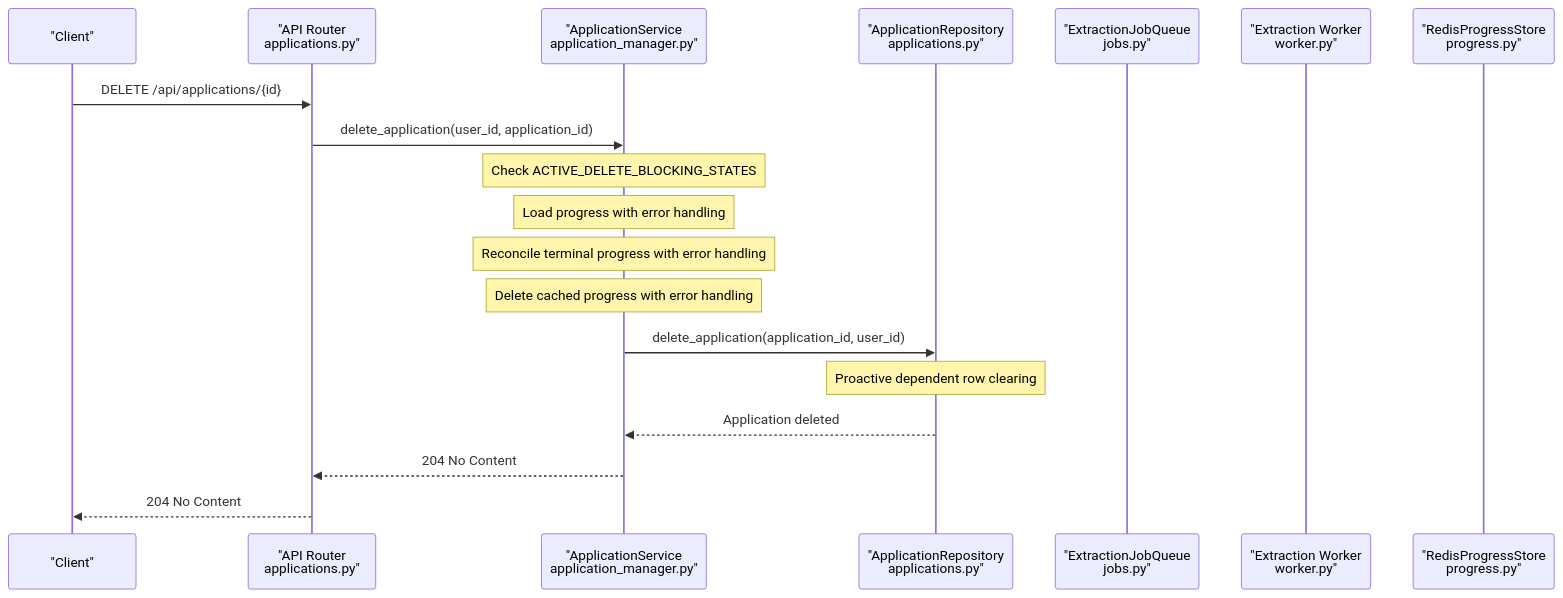
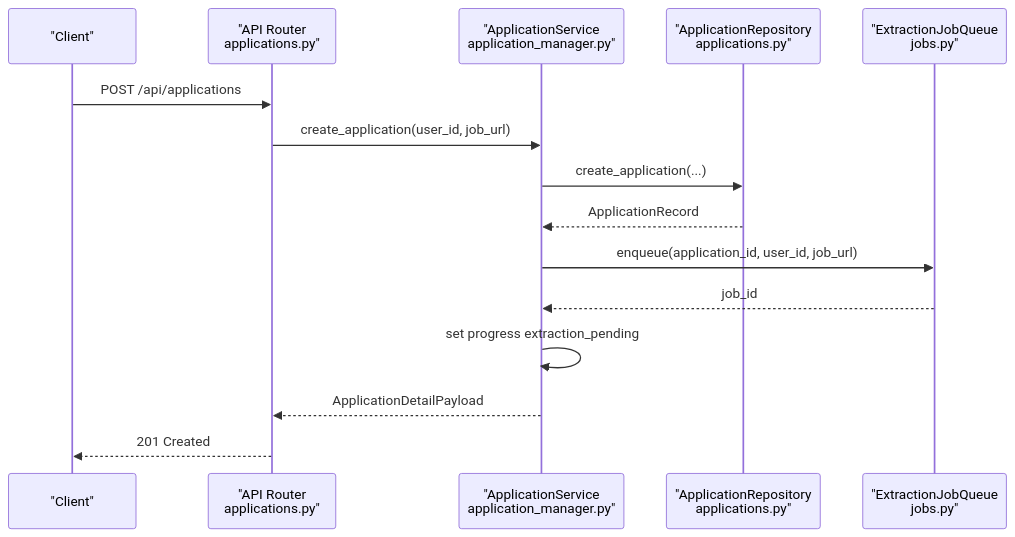
The second of 8 diagrams in .qoder/repowiki/en/content/Backend API/Service Layer/Application Manager Service.md (sankaL/resume-app), drawn with Mermaid before and after one commit. The commit also changed other lines of this file and 7 other files, not shown here.

````diff
--- a/.qoder/repowiki/en/content/Backend API/Service Layer/Application Manager Service.md
+++ b/.qoder/repowiki/en/content/Backend API/Service Layer/Application Manager Service.md
@@ -156,21 +130,17 @@
 ```mermaid
 sequenceDiagram
 participant Client as "Client"
 participant API as "API Router<br/>applications.py"
 participant Svc as "ApplicationService<br/>application_manager.py"
 participant Repo as "ApplicationRepository<br/>applications.py"
 participant Q as "ExtractionJobQueue<br/>jobs.py"
-participant W as "Extraction Worker<br/>worker.py"
-participant R as "RedisProgressStore<br/>progress.py"
-Client->>API : DELETE /api/applications/{id}
-API->>Svc : delete_application(user_id, application_id)
-Note over Svc : Check ACTIVE_DELETE_BLOCKING_STATES
-Note over Svc : Load progress with error handling
-Note over Svc : Reconcile terminal progress with error handling
-Note over Svc : Delete cached progress with error handling
-Svc->>Repo : delete_application(application_id, user_id)
-Note over Repo : Proactive dependent row clearing
-Repo-->>Svc : Application deleted
-Svc-->>API : 204 No Content
-API-->>Client : 204 No Content
+Client->>API : POST /api/applications
+API->>Svc : create_application(user_id, job_url)
+Svc->>Repo : create_application(...)
+Repo-->>Svc : ApplicationRecord
+Svc->>Q : enqueue(application_id, user_id, job_url)
+Q-->>Svc : job_id
+Svc->>Svc : set progress extraction_pending
+Svc-->>API : ApplicationDetailPayload
+API-->>Client : 201 Created
 ```
````
